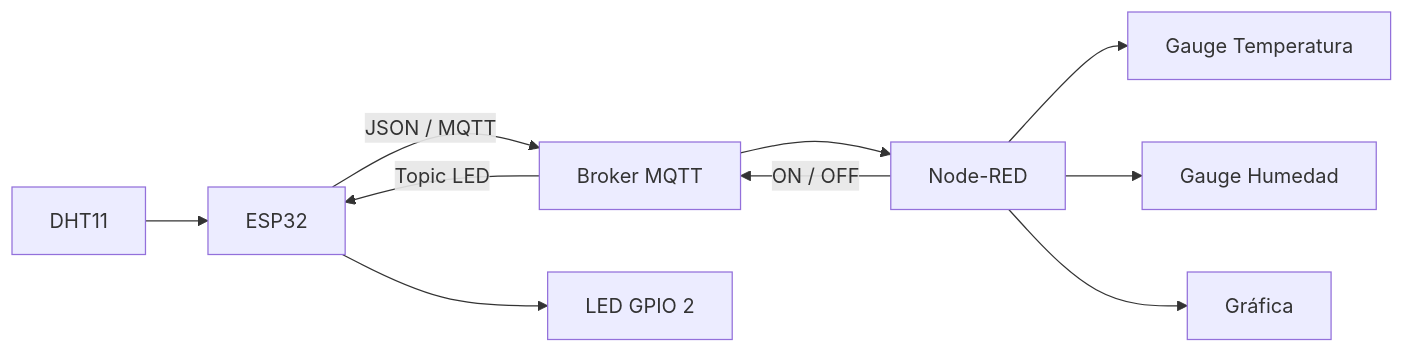
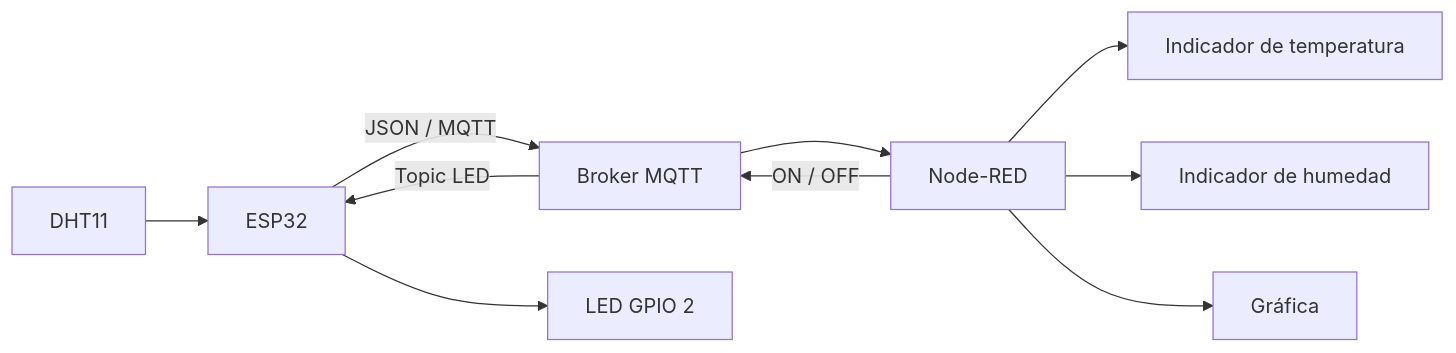
The diagram in PI_Equipo_01/Talleres/Taller07-IoT/Taller Grupal/README.md (Cesrm27/PI_Equipo_01), drawn with Mermaid before and after one commit. The commit also changed other lines of this file, not shown here.

````diff
--- a/PI_Equipo_01/Talleres/Taller07-IoT/Taller Grupal/README.md
+++ b/PI_Equipo_01/Talleres/Taller07-IoT/Taller Grupal/README.md
@@ -101,12 +109,12 @@
 ```mermaid
 flowchart LR
     A[DHT11] --> B[ESP32]
     B -->|JSON / MQTT| C[Broker MQTT]
     C --> D[Node-RED]
-    D --> E[Gauge Temperatura]
-    D --> F[Gauge Humedad]
+    D --> E[Indicador de temperatura]
+    D --> F[Indicador de humedad]
     D --> G[Gráfica]
     D -->|ON / OFF| C
     C -->|Topic LED| B
     B --> H[LED GPIO 2]
 ```
````
